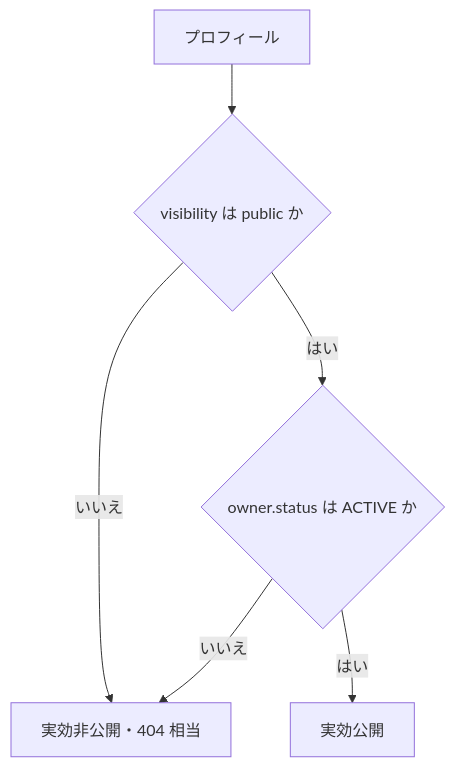
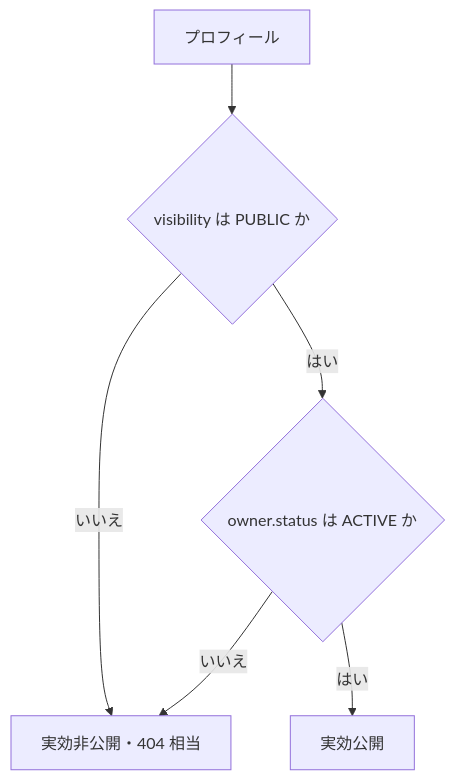
One commit to kurachiweb/genai-example-1-profile-community changed the second of 2 diagrams in docs/service/features/00-common-rules.md. Above: the diagram before and after it, drawn with Mermaid. The commit also changed other lines of this file and 30 other files, not shown here.

````diff
--- a/docs/service/features/00-common-rules.md
+++ b/docs/service/features/00-common-rules.md
@@ -97,8 +97,8 @@
 ```mermaid
 flowchart TD
-    A[プロフィール] --> B{visibility は public か}
+    A[プロフィール] --> B{visibility は PUBLIC か}
     B -- いいえ --> X[実効非公開・404 相当]
     B -- はい --> C{owner.status は ACTIVE か}
     C -- いいえ --> X
     C -- はい --> Y[実効公開]
 ```
````
